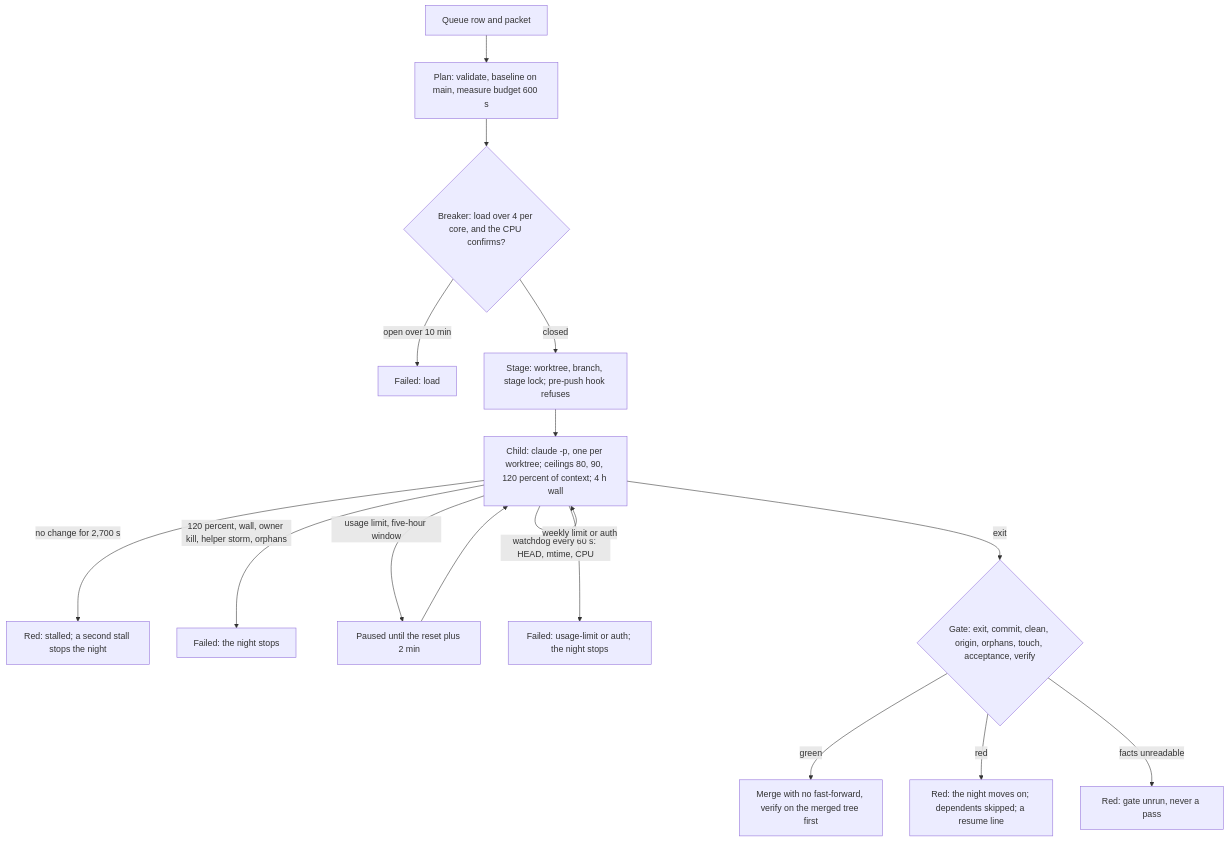
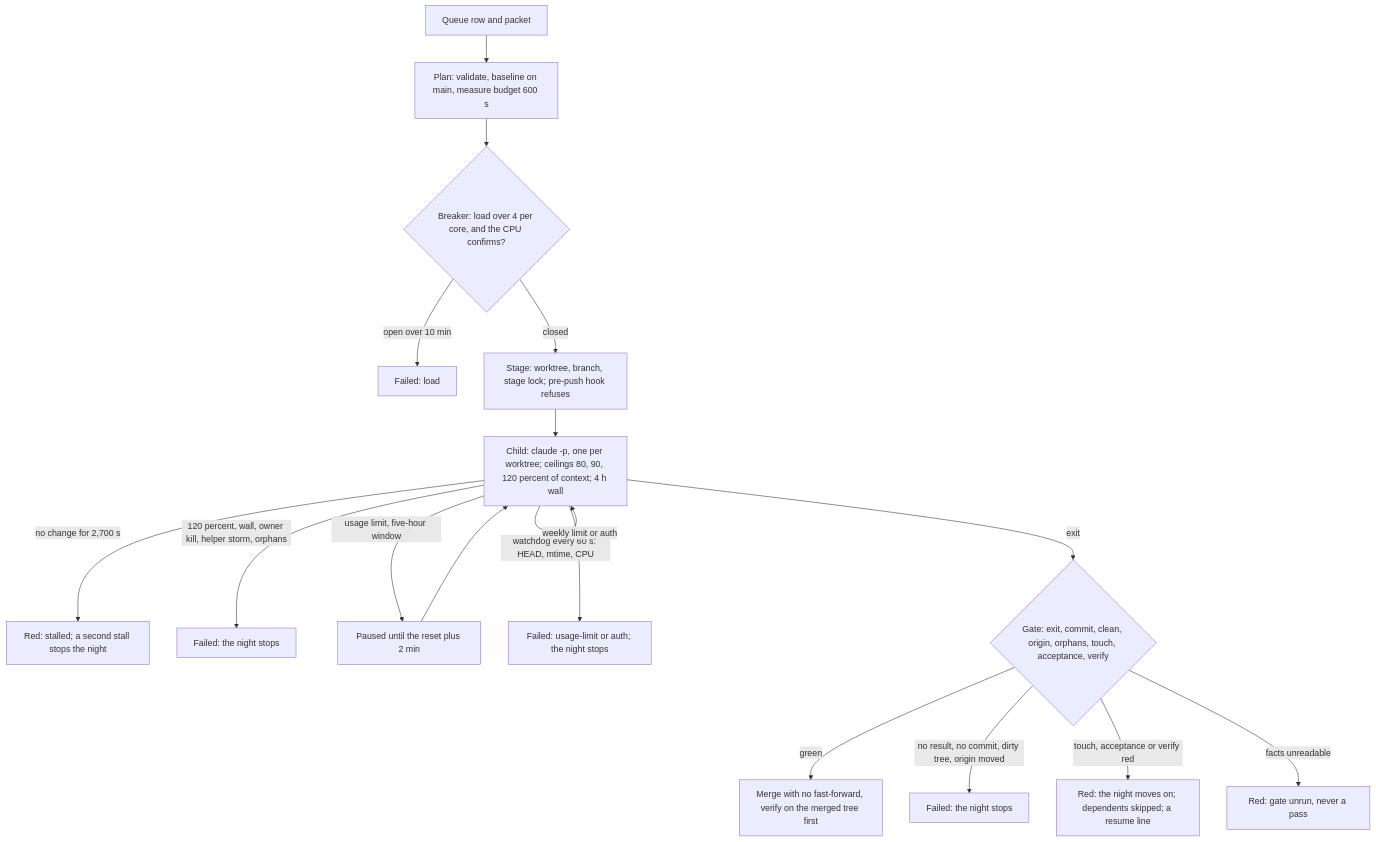
The diagram in docs/tools/relay.md (agentik-dev/agentik-research), drawn with Mermaid before and after one commit. The commit also changed other lines of this file, not shown here.

````diff
--- a/docs/tools/relay.md
+++ b/docs/tools/relay.md
@@ -18,17 +18,18 @@
 ```mermaid
 flowchart TD
   Q["Queue row and packet"] --> P["Plan: validate, baseline on main, measure budget 600 s"]
   P --> B{"Breaker: load over 4 per core, and the CPU confirms?"}
   B -->|"open over 10 min"| L["Failed: load"]
   B -->|"closed"| S["Stage: worktree, branch, stage lock; pre-push hook refuses"]
   S --> C["Child: claude -p, one per worktree; ceilings 80, 90, 120 percent of context; 4 h wall"]
   C -->|"watchdog every 60 s: HEAD, mtime, CPU"| C
   C -->|"no change for 2,700 s"| ST["Red: stalled; a second stall stops the night"]
   C -->|"120 percent, wall, owner kill, helper storm, orphans"| F["Failed: the night stops"]
   C -->|"usage limit, five-hour window"| PZ["Paused until the reset plus 2 min"] --> C
   C -->|"weekly limit or auth"| AS["Failed: usage-limit or auth; the night stops"]
   C -->|"exit"| G{"Gate: exit, commit, clean, origin, orphans, touch, acceptance, verify"}
   G -->|"green"| M["Merge with no fast-forward, verify on the merged tree first"]
-  G -->|"red"| R["Red: the night moves on; dependents skipped; a resume line"]
+  G -->|"no result, no commit, dirty tree, origin moved"| SF["Failed: the night stops"]
+  G -->|"touch, acceptance or verify red"| R["Red: the night moves on; dependents skipped; a resume line"]
   G -->|"facts unreadable"| U["Red: gate unrun, never a pass"]
 ```
````
